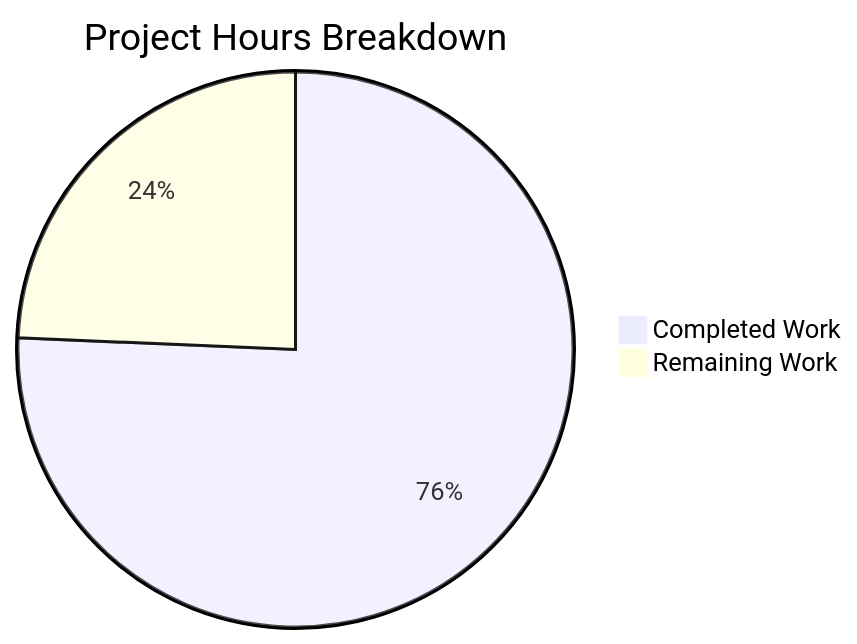
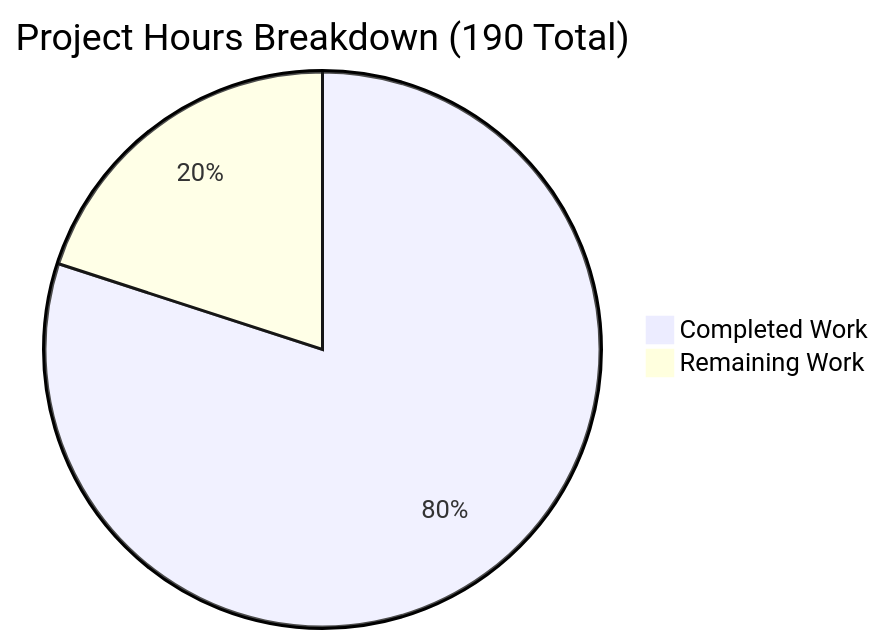
The diagram in blitzy/documentation/Project Guide.md (Blitzy-Sandbox/blitzy-react), drawn with Mermaid before and after one commit. The commit also changed other lines of this file, not shown here.

Commit message:
Adding Blitzy Project Guide: Project Status and Human Tasks Remaining

````diff
--- a/blitzy/documentation/Project Guide.md
+++ b/blitzy/documentation/Project Guide.md
@@ -82,5 +115,5 @@
 ```mermaid
-pie title Project Hours Breakdown
-    "Completed Work" : 112
-    "Remaining Work" : 36
+pie title Project Hours Breakdown (190 Total)
+    "Completed Work" : 152
+    "Remaining Work" : 38
 ```
````
